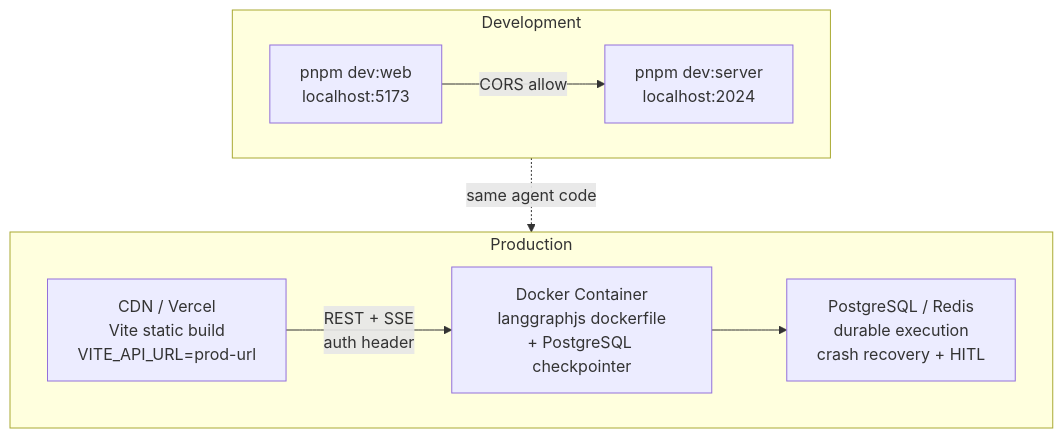
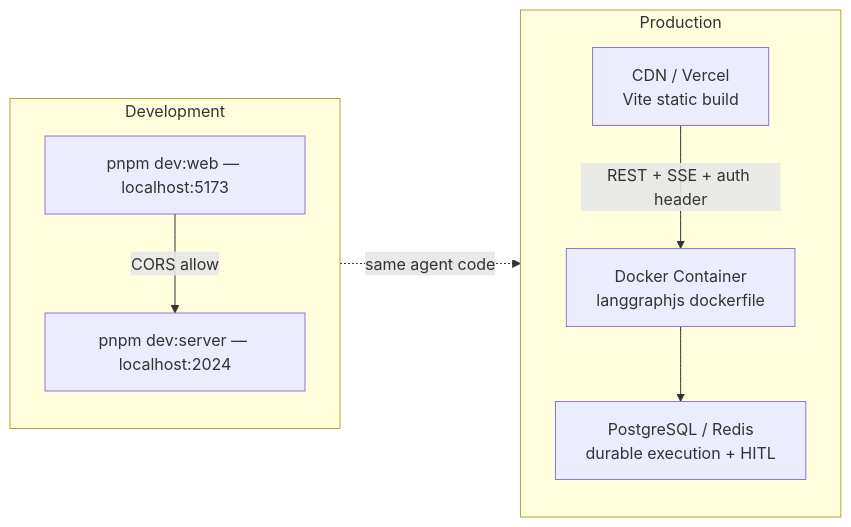
One commit to nhatduong-agilityio/deep-agents changed the third of 3 diagrams in docs/diagrams/01-high-level-architecture.md. Above: the diagram before and after it, drawn with Mermaid. The commit also changed other lines of this file and 12 other files, not shown here.

Commit message:
feat(diagrams): add script to render mermaid diagrams from markdown files

````diff
--- a/docs/diagrams/01-high-level-architecture.md
+++ b/docs/diagrams/01-high-level-architecture.md
@@ -98,18 +105,18 @@
 ```mermaid
-graph TB
-    subgraph Prod["Production"]
-        CDN["CDN / Vercel\nVite static build\nVITE_API_URL=prod-url"]
-        Docker["Docker Container\nlanggraphjs dockerfile\n+ PostgreSQL checkpointer"]
-        PG["PostgreSQL / Redis\ndurable execution\ncrash recovery + HITL"]
-        CDN -->|"REST + SSE\nauth header"| Docker
-        Docker --> PG
+graph LR
+    subgraph Dev["Development"]
+        FEDev["pnpm dev:web — localhost:5173"]
+        BEDev["pnpm dev:server — localhost:2024"]
+        FEDev -->|"CORS allow"| BEDev
     end
 
-    subgraph Dev["Development"]
-        FEDev["pnpm dev:web\nlocalhost:5173"]
-        BEDev["pnpm dev:server\nlocalhost:2024"]
-        FEDev -->|"CORS allow"| BEDev
+    subgraph Prod["Production"]
+        CDN["CDN / Vercel\nVite static build"]
+        Docker["Docker Container\nlanggraphjs dockerfile"]
+        PG["PostgreSQL / Redis\ndurable execution + HITL"]
+        CDN -->|"REST + SSE + auth header"| Docker
+        Docker --> PG
     end
 
     Dev -.->|"same agent code"| Prod
 ```
````
